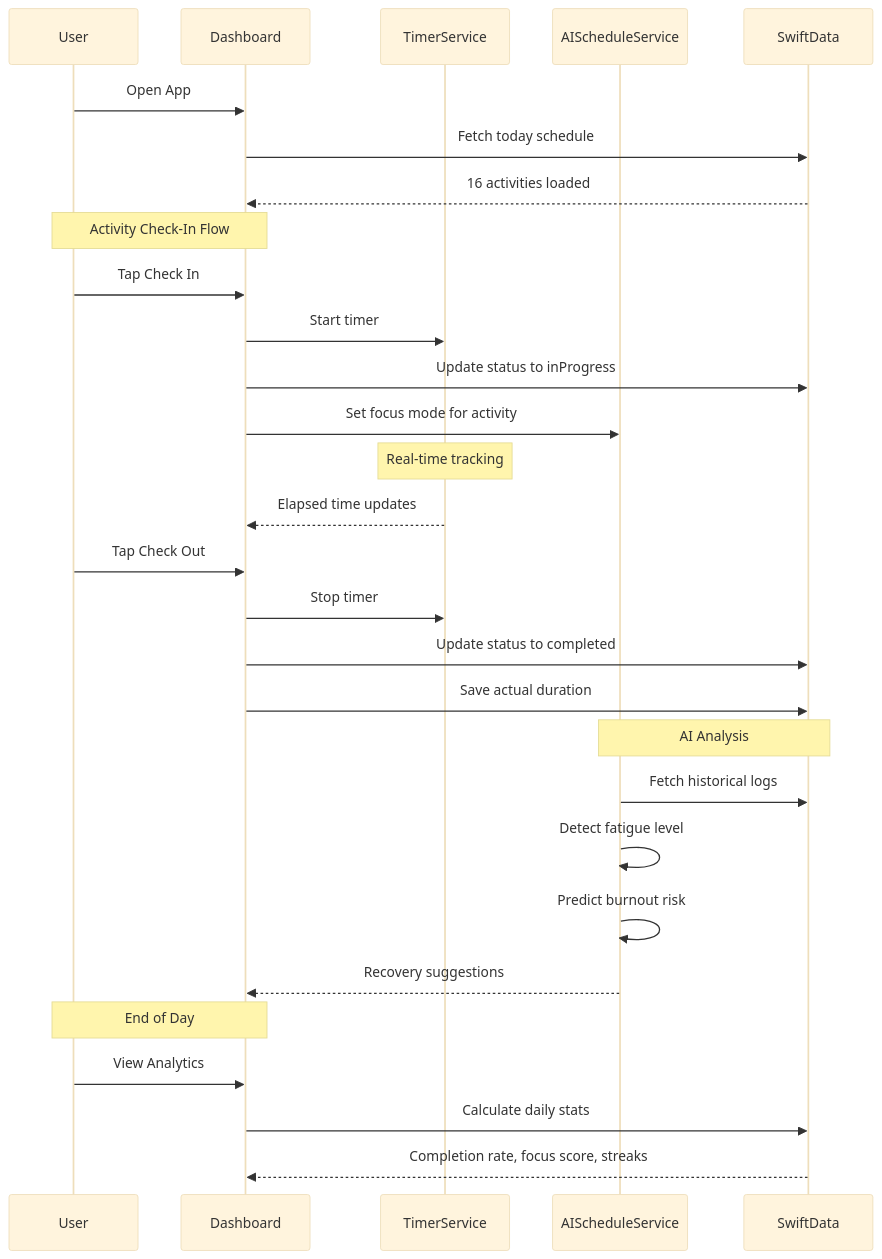
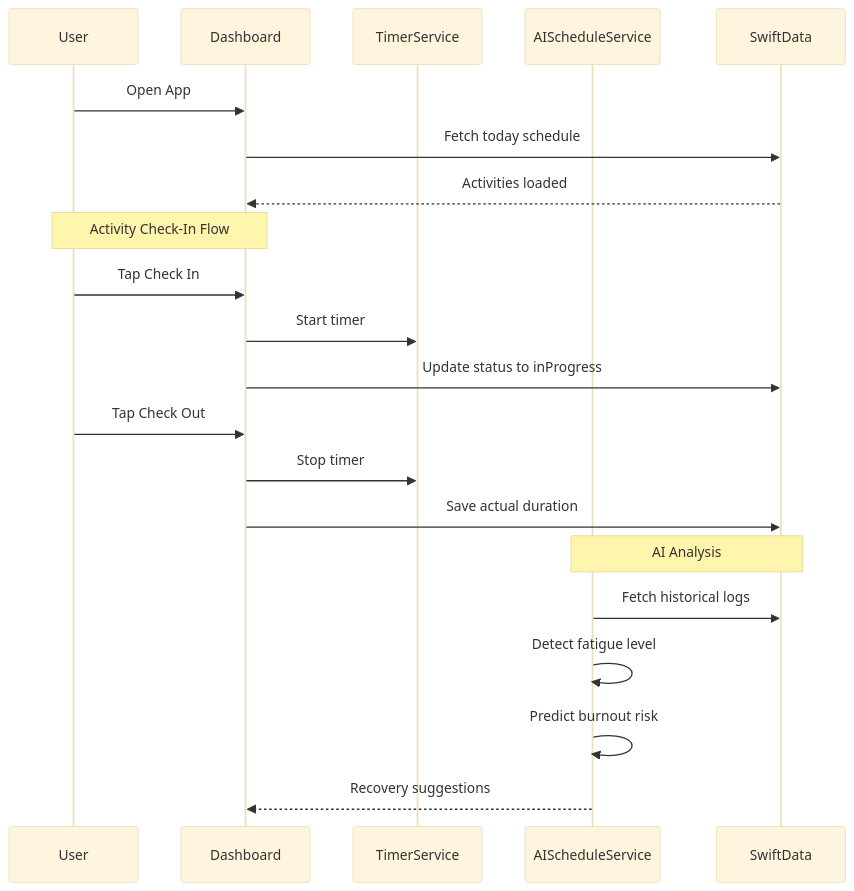
Before and after one commit to mrphuoctan/daily-routine: the third of 3 diagrams in README.md, drawn with Mermaid (base theme). The commit also changed other lines of this file, not shown here.

````diff
--- a/README.md
+++ b/README.md
@@ -222,37 +170,27 @@
 ```mermaid
 sequenceDiagram
     participant User
     participant Dashboard
     participant Timer as TimerService
     participant AI as AIScheduleService
     participant DB as SwiftData
 
     User->>Dashboard: Open App
     Dashboard->>DB: Fetch today schedule
-    DB-->>Dashboard: 16 activities loaded
+    DB-->>Dashboard: Activities loaded
 
     Note over User,Dashboard: Activity Check-In Flow
     User->>Dashboard: Tap Check In
     Dashboard->>Timer: Start timer
     Dashboard->>DB: Update status to inProgress
-    Dashboard->>AI: Set focus mode for activity
-
-    Note over Timer: Real-time tracking
-    Timer-->>Dashboard: Elapsed time updates
 
     User->>Dashboard: Tap Check Out
     Dashboard->>Timer: Stop timer
-    Dashboard->>DB: Update status to completed
     Dashboard->>DB: Save actual duration
 
     Note over AI,DB: AI Analysis
     AI->>DB: Fetch historical logs
     AI->>AI: Detect fatigue level
     AI->>AI: Predict burnout risk
     AI-->>Dashboard: Recovery suggestions
-
-    Note over User,Dashboard: End of Day
-    User->>Dashboard: View Analytics
-    Dashboard->>DB: Calculate daily stats
-    DB-->>Dashboard: Completion rate, focus score, streaks
 ```
````
